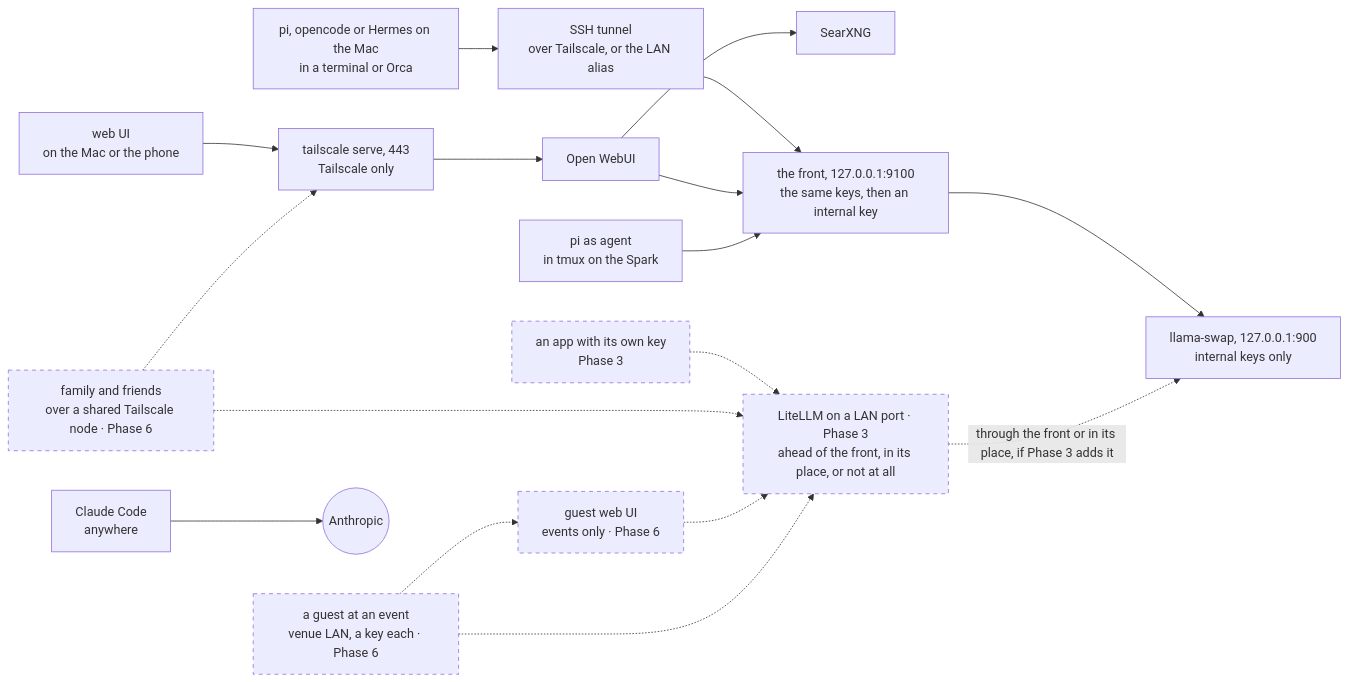
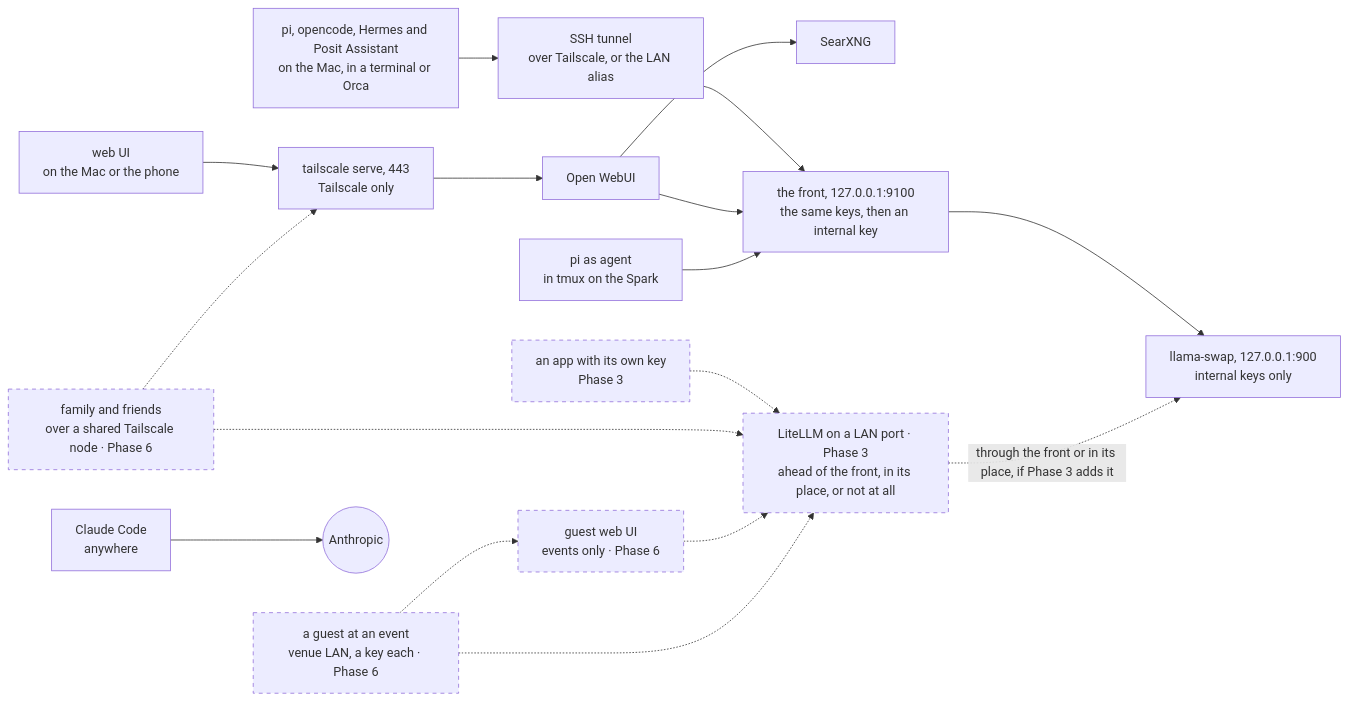
One commit to chendaniely/local-ai changed the second of 4 diagrams in website/architecture.qmd. Above: the diagram before and after it, drawn with Mermaid. The commit also changed other lines of this file and 9 other files, not shown here.

Commit message:
feat(clients): 🤖 add Posit Assistant as a Mac client

````diff
--- a/website/architecture.qmd
+++ b/website/architecture.qmd
@@ -156,35 +158,35 @@
 ```{mermaid}
 flowchart LR
   classDef planned stroke-dasharray: 5 5
 
-  piT["pi, opencode or Hermes on the Mac<br/>in a terminal or Orca"]
+  piT["pi, opencode, Hermes and Posit Assistant<br/>on the Mac, in a terminal or Orca"]
   ui["web UI<br/>on the Mac or the phone"]
   piA["pi as agent<br/>in tmux on the Spark"]
   cc["Claude Code<br/>anywhere"]
   app["an app with its own key<br/>Phase 3"]:::planned
   fam["family and friends<br/>over a shared Tailscale node · Phase 6"]:::planned
   guest["a guest at an event<br/>venue LAN, a key each · Phase 6"]:::planned
 
   tunnel["SSH tunnel<br/>over Tailscale, or the LAN alias"]
   guestui["guest web UI<br/>events only · Phase 6"]:::planned
   serve["tailscale serve, 443<br/>Tailscale only"]
   owui["Open WebUI"]
   searx["SearXNG"]
   front["the front, 127.0.0.1:9100<br/>the same keys, then an internal key"]
   swap["llama-swap, 127.0.0.1:900<br/>internal keys only"]
   litellm["LiteLLM on a LAN port · Phase 3<br/>ahead of the front, in its place, or not at all"]:::planned
   anthropic(("Anthropic"))
 
   piT --> tunnel --> front
   ui --> serve --> owui --> front
   owui --> searx
   piA --> front
   cc --> anthropic
   front --> swap
   app -.-> litellm
   litellm -. "through the front or in its place, if Phase 3 adds it" .-> swap
   fam -.-> serve
   fam -.-> litellm
   guest -.-> guestui -.-> litellm
   guest -.-> litellm
 ```
````
